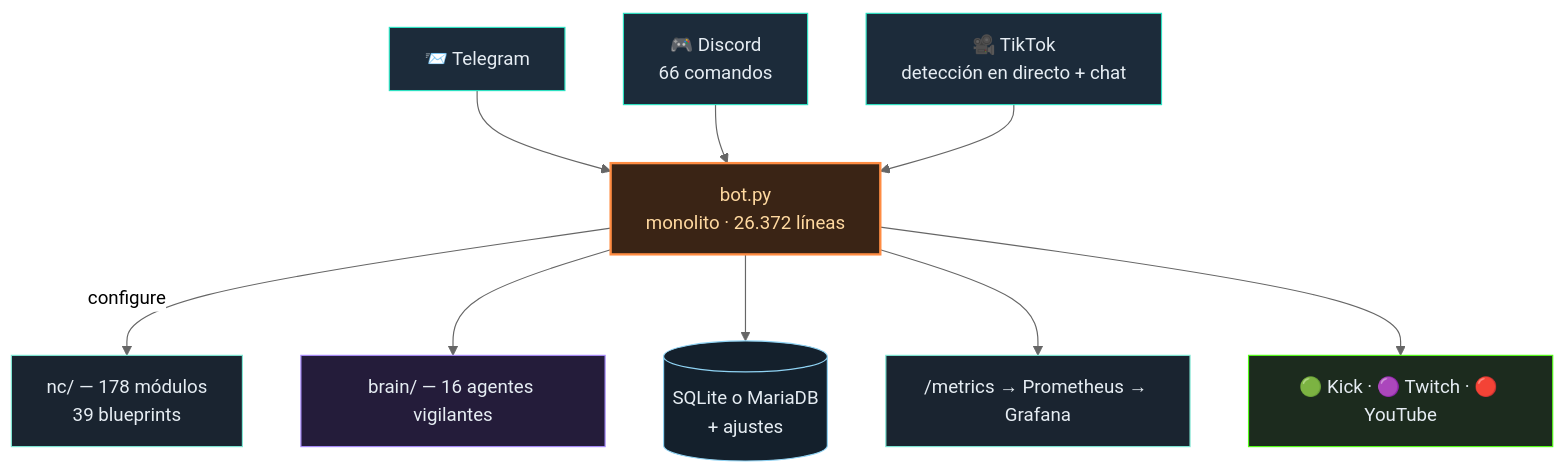
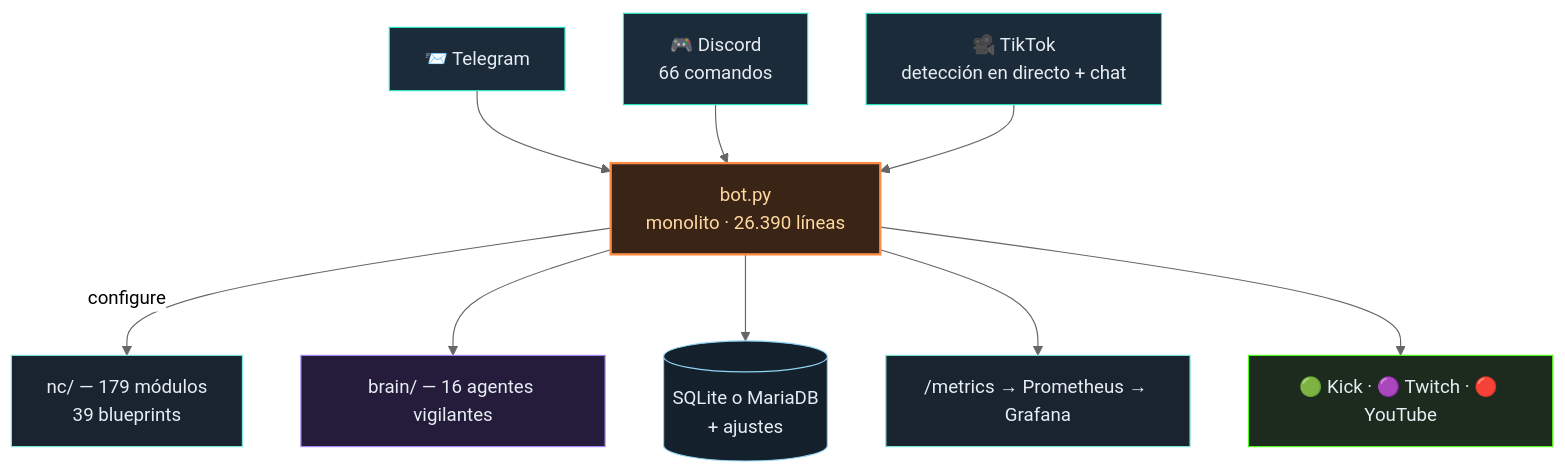
The diagram in README.es.md (itsamemedev/Telegram-Stream-Info-Bot), drawn with Mermaid (neutral theme) before and after one commit. The commit also changed other lines of this file and 26 other files, not shown here.

````diff
--- a/README.es.md
+++ b/README.es.md
@@ -64,18 +64,18 @@
 ```mermaid
 flowchart TB
     TG["📨 Telegram"]:::ein --> BOT
     DC["🎮 Discord<br/>66 comandos"]:::ein --> BOT
     TT["🎥 TikTok<br/>detección en directo + chat"]:::ein --> BOT
-    BOT["bot.py<br/>monolito · 26.372 líneas"]:::core
-    BOT -->|configure| NC["nc/ — 178 módulos<br/>39 blueprints"]:::lib
+    BOT["bot.py<br/>monolito · 26.390 líneas"]:::core
+    BOT -->|configure| NC["nc/ — 179 módulos<br/>39 blueprints"]:::lib
     BOT --> BRAIN["brain/ — 16 agentes vigilantes"]:::brain
     BOT --> DB[("SQLite o MariaDB<br/>+ ajustes")]:::db
     BOT --> PROM["/metrics → Prometheus → Grafana"]:::lib
     BOT --> OUT["🟢 Kick · 🟣 Twitch · 🔴 YouTube"]:::out
     classDef ein fill:#1c2b3a,stroke:#2de1c2,color:#e6edf3
     classDef core fill:#3a2415,stroke:#ff8c42,stroke-width:2px,color:#ffd9a0
     classDef lib fill:#1a2430,stroke:#7fe7d4,color:#e6edf3
     classDef brain fill:#241c3a,stroke:#a78bfa,color:#e6edf3
     classDef db fill:#14202c,stroke:#8fd3f4,color:#e6edf3
     classDef out fill:#1c2b1e,stroke:#53fc18,color:#e6edf3
 ```
````
